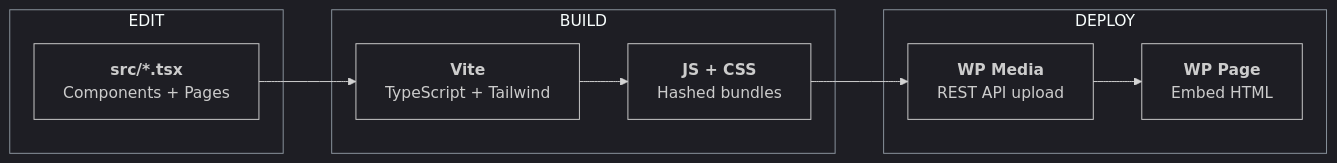
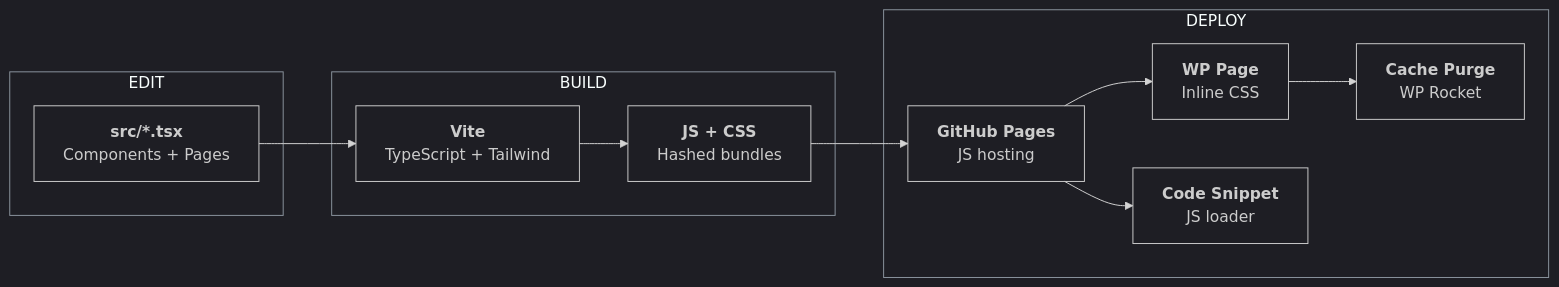
One commit to sellersessions/sellersessions-design-system changed the first of 3 diagrams in README.md. Above: the diagram before and after it, drawn with Mermaid. The commit also changed other lines of this file and 3 other files, not shown here.

````diff
--- a/README.md
+++ b/README.md
@@ -29,29 +29,35 @@
 ```mermaid
 %%{init: {'theme': 'dark', 'themeVariables': {'clusterBkg': 'transparent', 'clusterBorder': '#8b949e'}}}%%
 
 flowchart LR
     subgraph EDIT[" EDIT "]
         SRC["<b>src/*.tsx</b><br/>Components + Pages"]
     end
 
     subgraph BUILD[" BUILD "]
         VITE["<b>Vite</b><br/>TypeScript + Tailwind"]
         ASSETS["<b>JS + CSS</b><br/>Hashed bundles"]
     end
 
     subgraph DEPLOY[" DEPLOY "]
-        UPLOAD["<b>WP Media</b><br/>REST API upload"]
-        PAGE["<b>WP Page</b><br/>Embed HTML"]
+        GH["<b>GitHub Pages</b><br/>JS hosting"]
+        PAGE["<b>WP Page</b><br/>Inline CSS"]
+        SNIP["<b>Code Snippet</b><br/>JS loader"]
+        PURGE["<b>Cache Purge</b><br/>WP Rocket"]
     end
 
     SRC --> VITE
     VITE --> ASSETS
-    ASSETS --> UPLOAD
-    UPLOAD --> PAGE
+    ASSETS --> GH
+    GH --> PAGE
+    GH --> SNIP
+    PAGE --> PURGE
 
     style SRC fill:none,stroke-width:1px
     style VITE fill:none,stroke-width:1px
     style ASSETS fill:none,stroke-width:1px
-    style UPLOAD fill:none,stroke-width:1px
+    style GH fill:none,stroke-width:1px
     style PAGE fill:none,stroke-width:1px
+    style SNIP fill:none,stroke-width:1px
+    style PURGE fill:none,stroke-width:1px
 ```
````
